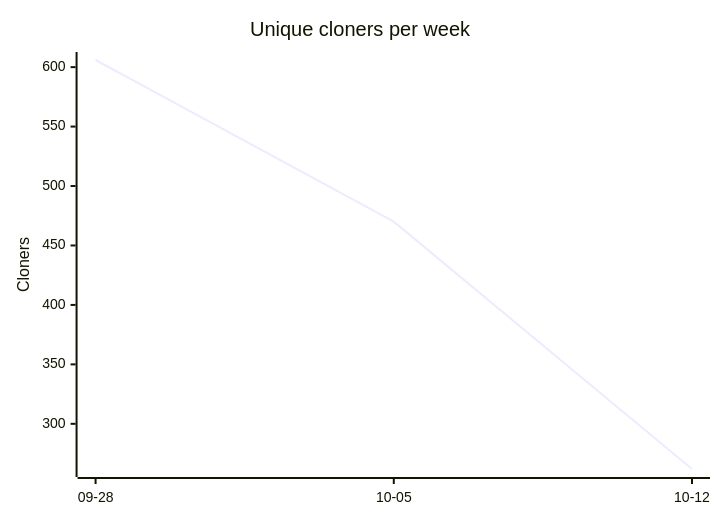
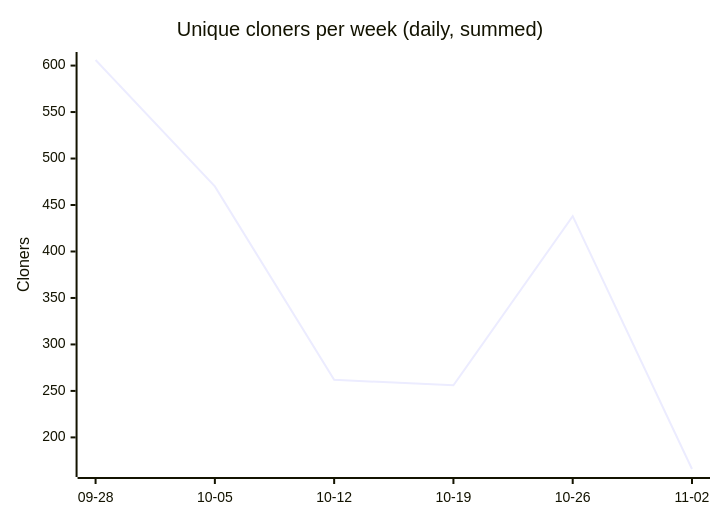
One commit to IBM/AssetOpsBench changed the second of 3 diagrams in docs/traffic/README.md. Above: the diagram before and after it, drawn with Mermaid. The commit also changed other lines of this file and 5 other files, not shown here.

````diff
--- a/docs/traffic/README.md
+++ b/docs/traffic/README.md
@@ -26,7 +28,7 @@
 ```mermaid
 xychart-beta
-    title "Unique cloners per week"
-    x-axis ["09-28", "10-05", "10-12"]
+    title "Unique cloners per week (daily, summed)"
+    x-axis ["09-28", "10-05", "10-12", "10-19", "10-26", "11-02"]
     y-axis "Cloners"
-    line [606, 470, 262]
+    line [606, 470, 262, 256, 438, 166]
 ```
````
